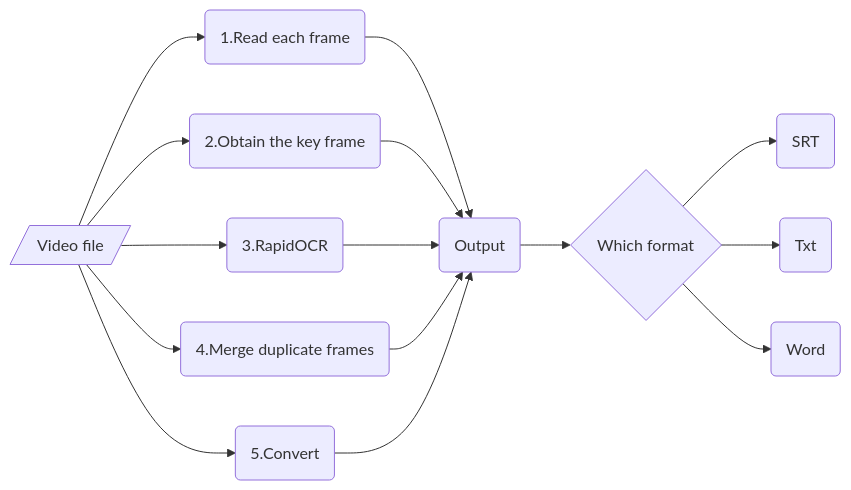
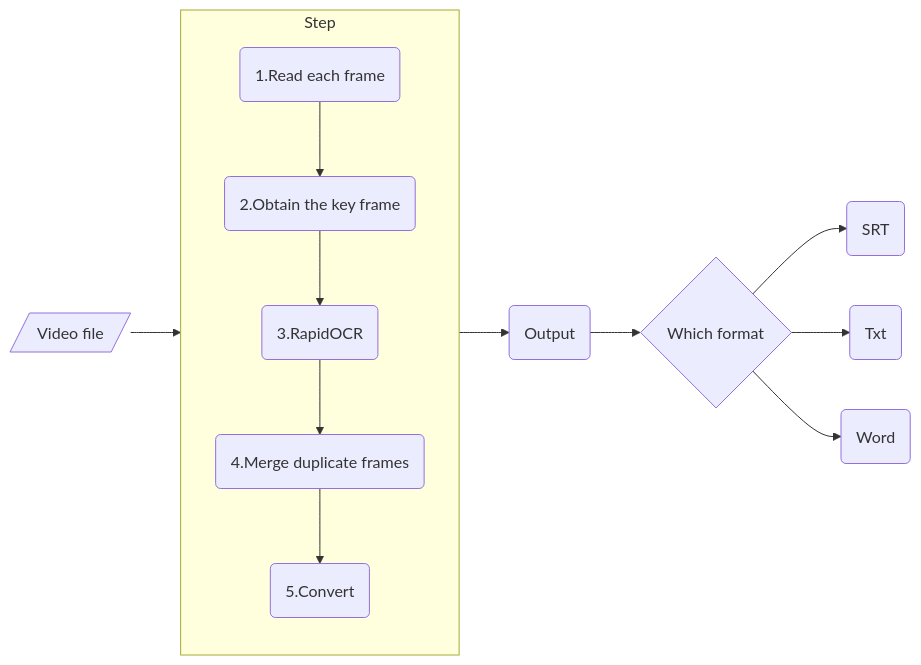
Before and after one commit to SWHL/RapidVideOCR: the diagram in README.md, drawn with Mermaid. The commit also changed other lines of this file, not shown here.

````diff
--- a/README.md
+++ b/README.md
@@ -65,6 +65,11 @@
 ```mermaid
-graph LR
-    A[/Video file/] --> B(1.Read each frame) & C(2.Obtain the key frame) & D(3.RapidOCR) & E(4.Merge duplicate frames) & F(5.Convert) --> M(Output) --> G{Which format}
+flowchart LR
+	subgraph Step
+	direction TB
+	B(1.Read each frame) --> C(2.Obtain the key frame) --> D(3.RapidOCR) --> E(4.Merge duplicate frames) --> F(5.Convert)
+	end
+	
+	A[/Video file/] --> Step --> M(Output) --> G{Which format}
     G --> H(SRT) & I(Txt) & J(Word)
 
 ```
````
